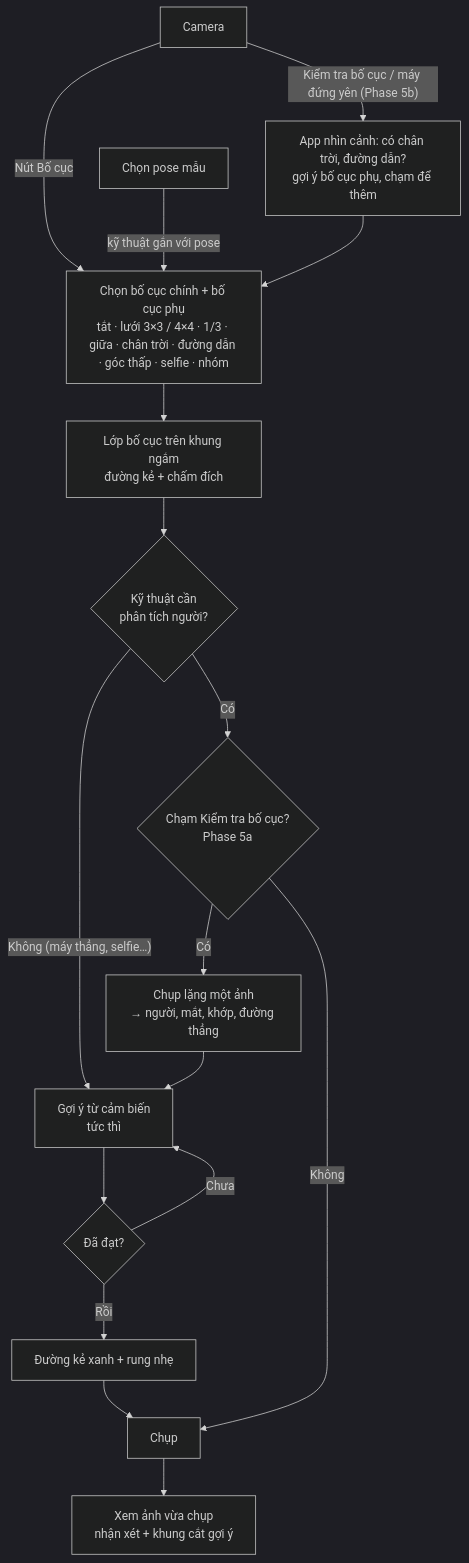
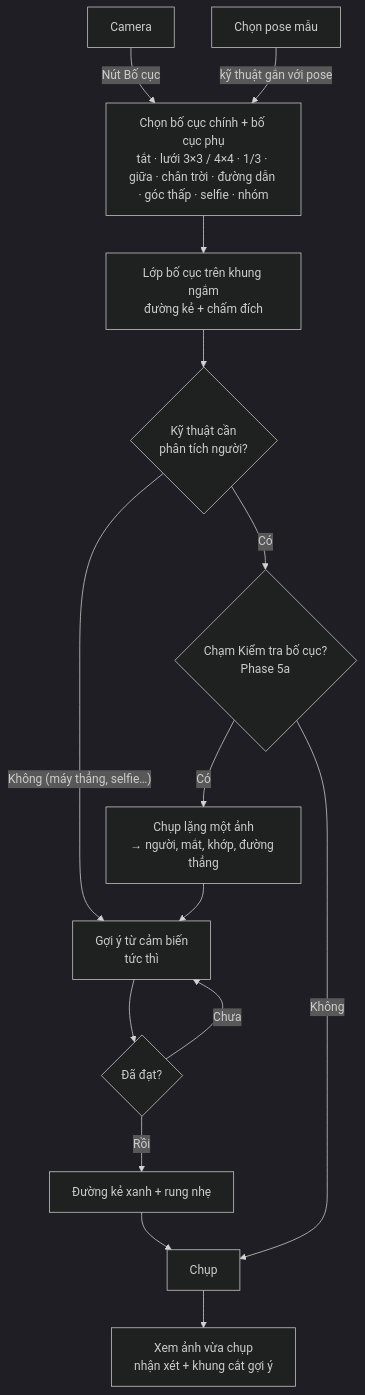
The fourth of 7 diagrams in docs/business-flow.md (tktnq2004/TakeASnap), drawn with Mermaid (dark theme) before and after one commit. The commit also changed other lines of this file and 22 other files, not shown here.

````diff
--- a/docs/business-flow.md
+++ b/docs/business-flow.md
@@ -258,19 +258,17 @@
 ```mermaid
 flowchart TD
     CAM[Camera] -- "Nút Bố cục" --> PICK[Chọn bố cục chính + bố cục phụ<br/>tắt · lưới 3×3 / 4×4 · 1/3 · giữa · chân trời · đường dẫn · góc thấp · selfie · nhóm]
-    CAM -- "Kiểm tra bố cục / máy đứng yên (Phase 5b)" --> AUTO[App nhìn cảnh: có chân trời, đường dẫn?<br/>gợi ý bố cục phụ, chạm để thêm]
-    AUTO --> PICK
     POSE[Chọn pose mẫu] -- "kỹ thuật gắn với pose" --> PICK
     PICK --> GUIDE[Lớp bố cục trên khung ngắm<br/>đường kẻ + chấm đích]
     GUIDE --> SENSE{Kỹ thuật cần<br/>phân tích người?}
     SENSE -- "Không (máy thẳng, selfie…)" --> HINT[Gợi ý từ cảm biến<br/>tức thì]
     SENSE -- "Có" --> CHECK{Chạm Kiểm tra bố cục?<br/>Phase 5a}
     CHECK -- "Có" --> ANALYZE[Chụp lặng một ảnh<br/>→ người, mắt, khớp, đường thẳng]
     ANALYZE --> HINT
     CHECK -- "Không" --> SHOOT
     HINT --> OK{Đã đạt?}
     OK -- "Chưa" --> HINT
     OK -- "Rồi" --> GREEN[Đường kẻ xanh + rung nhẹ]
     GREEN --> SHOOT[Chụp]
     SHOOT --> REVIEW[Xem ảnh vừa chụp<br/>nhận xét + khung cắt gợi ý]
 ```
````
